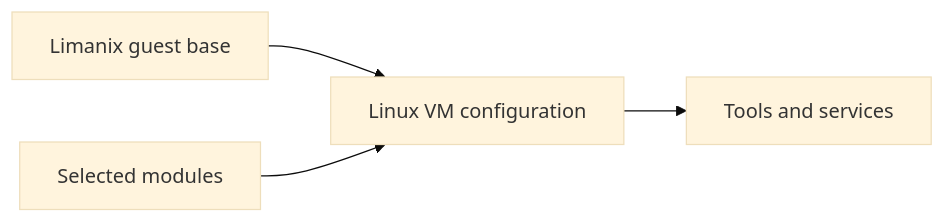
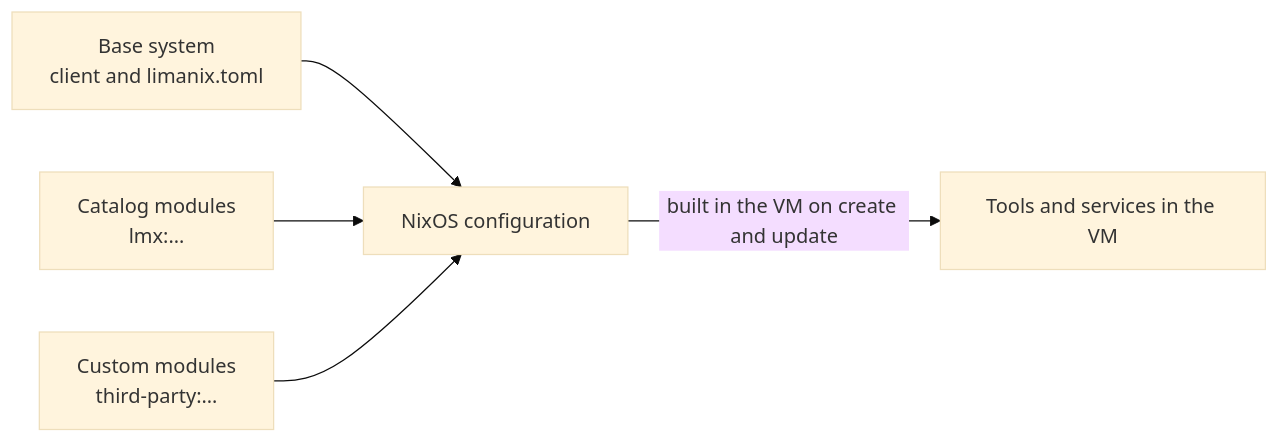
Before and after one commit to limanix/modules: the diagram in guides/concepts.md, drawn with Mermaid (base theme). The commit also changed other lines of this file and 32 other files, not shown here.

````diff
--- a/guides/concepts.md
+++ b/guides/concepts.md
@@ -9,8 +11,7 @@
 ```mermaid
 flowchart LR
-    accTitle: Modules contribute to the guest system
-    accDescr: Limanix combines its guest base and selected modules into one Linux VM configuration.
-    base["Limanix guest base"] --> system["Linux VM configuration"]
-    selected["Selected modules"] --> system
-    system --> tools["Tools and services"]
+    base["Base system<br/>client and limanix.toml"] --> config["NixOS configuration"]
+    catalog["Catalog modules<br/>lmx:…"] --> config
+    custom["Custom modules<br/>third-party:…"] --> config
+    config -->|"built in the VM on create and update"| vm["Tools and services in the VM"]
 ```
````
